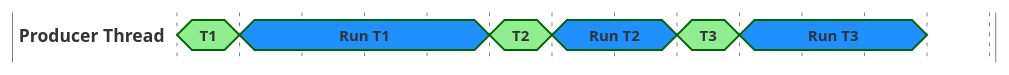
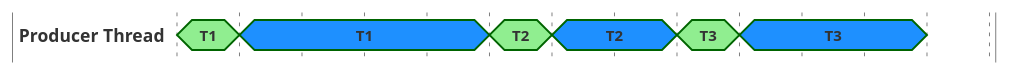
Before and after one commit to jetty/jetty.project: the second of 5 diagrams in documentation/jetty/modules/programming-guide/pages/arch/threads.adoc, drawn with PlantUML. The commit also changed other lines of this file and 9 other files, not shown here.

```diff
--- a/documentation/jetty/modules/programming-guide/pages/arch/threads.adoc
+++ b/documentation/jetty/modules/programming-guide/pages/arch/threads.adoc
@@ -45,16 +74,16 @@
 [plantuml]
 ----
 skinparam backgroundColor transparent
 
 compact concise "Producer Thread" as PT
 hide time-axis
 
 @PT
 0 is T1 #lightgreen
-1 is "Run T1" #dodgerblue
+1 is T1 #dodgerblue
 5 is T2 #lightgreen
-6 is "Run T2" #dodgerblue
+6 is T2 #dodgerblue
 8 is T3 #lightgreen
-9 is "Run T3" #dodgerblue
+9 is T3 #dodgerblue
 12 is {hidden}
 ----
```
